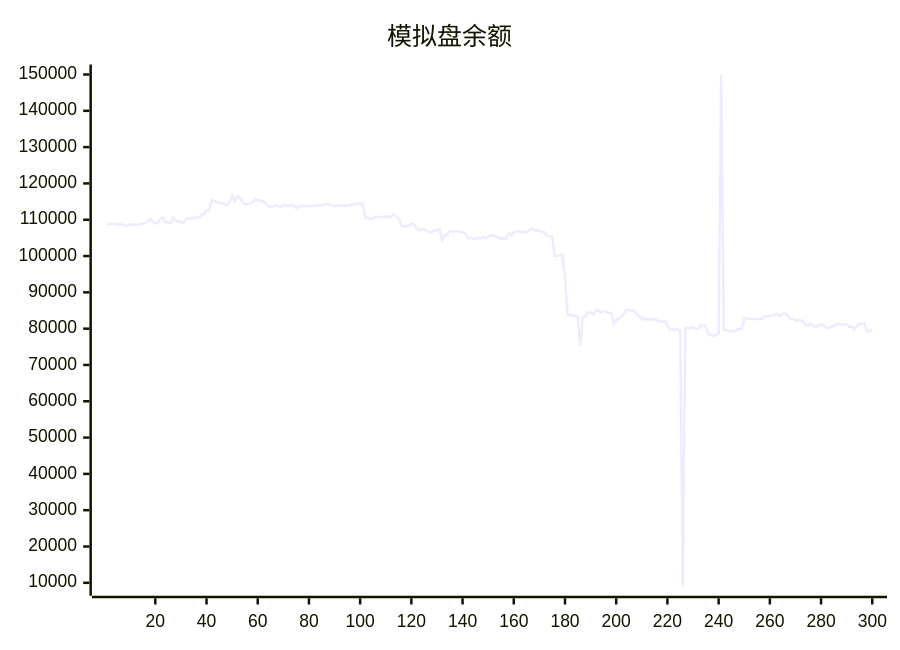
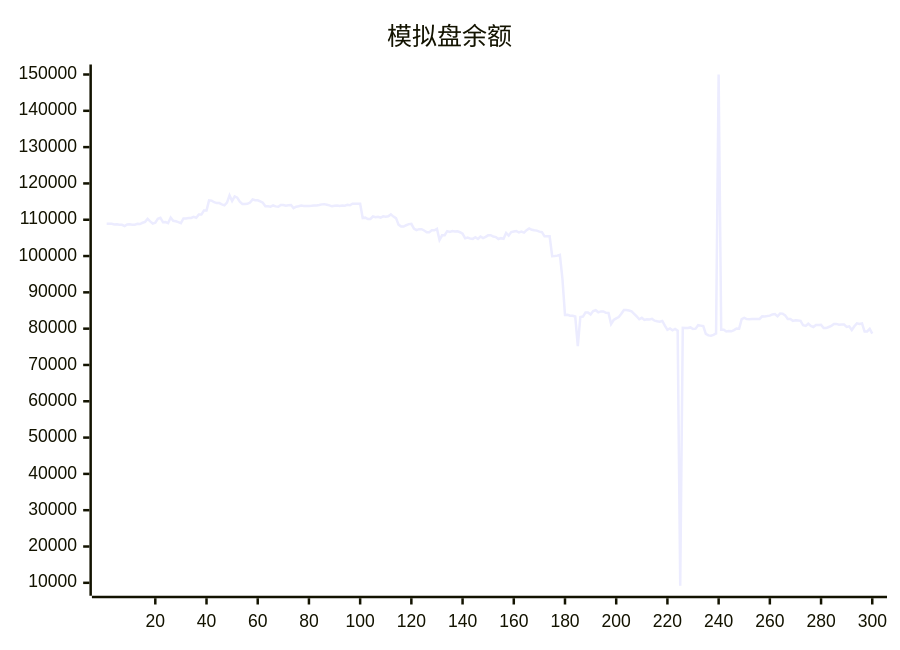
The diagram in README.md (aahl/ai-trading), drawn with Mermaid before and after one commit. The commit also changed other lines of this file and 1 other file, not shown here.

````diff
--- a/README.md
+++ b/README.md
@@ -5,5 +5,5 @@
 ```mermaid
 xychart
     title "模拟盘余额"
-    line [108645,108864,108864,108897,108718,108760,108648,108602,108262,108718,108752,108644,108644,108863,108823,109162,109419,110224,109539,108945,109172,110262,110546,109304,109343,109053,110606,109702,109584,109337,109071,110342,110342,110488,110488,110814,110531,111421,111421,112518,112522,115341,115266,114830,114584,114588,114231,113973,114726,116697,115160,116423,116083,114950,114365,114365,114388,114730,115582,115358,115358,115032,114686,113688,113688,113610,113930,113672,113585,114083,114074,113840,113996,114051,113208,113593,113701,113901,113794,113784,113810,113848,113927,113929,114064,114232,114293,114144,113960,113698,113853,113942,113812,113908,113877,114091,113998,114427,114422,114384,114384,110477,110576,110198,110198,110890,110712,110812,110569,110929,110847,110968,111478,110870,110433,108661,108116,108115,108485,108797,108877,107536,107134,107393,107393,107046,106565,106565,107081,107081,107478,104404,105715,105749,106866,106651,106889,106771,106816,106565,106141,104876,105103,104796,104734,105169,104690,105380,104941,105272,105709,105739,105374,105227,104691,104924,104762,106364,105628,106608,106748,106872,106485,106721,106468,107132,107620,107224,107080,107001,106717,106567,105431,105431,105440,99950,100017,100113,100337,93749,83795,83807,83567,83567,83342,75168,83222,83336,84448,84449,83896,84839,85065,84499,84757,84757,84364,84347,81254,82385,82835,83184,84099,85150,85150,85002,84751,84096,83356,82582,82983,82404,82572,82512,82688,82200,82047,81920,82125,80840,79688,80060,79552,79920,79470,9193,80236,80208,80170,80336,79894,80006,80954,80837,80712,78561,78139,78037,78293,78682,150000,79720,79720,79214,79372,79279,79591,80046,79993,82625,82950,82626,82571,82633,82670,82670,82681,83386,83378,83464,83579,83920,84037,83402,84160,84142,83652,82655,82655,82145,82315,82243,82163,80934,80770,81371,80742,80468,80989,80989,81067,80191,80155,80450,80737,81309,81309,81106,81119,81119,80471,80631,79624,80670,81448,81290,81429,79212,79222,79940]
+    line [108864,108864,108897,108718,108760,108648,108602,108262,108718,108752,108644,108644,108863,108823,109162,109419,110224,109539,108945,109172,110262,110546,109304,109343,109053,110606,109702,109584,109337,109071,110342,110342,110488,110488,110814,110531,111421,111421,112518,112522,115341,115266,114830,114584,114588,114231,113973,114726,116697,115160,116423,116083,114950,114365,114365,114388,114730,115582,115358,115358,115032,114686,113688,113688,113610,113930,113672,113585,114083,114074,113840,113996,114051,113208,113593,113701,113901,113794,113784,113810,113848,113927,113929,114064,114232,114293,114144,113960,113698,113853,113942,113812,113908,113877,114091,113998,114427,114422,114384,114384,110477,110576,110198,110198,110890,110712,110812,110569,110929,110847,110968,111478,110870,110433,108661,108116,108115,108485,108797,108877,107536,107134,107393,107393,107046,106565,106565,107081,107081,107478,104404,105715,105749,106866,106651,106889,106771,106816,106565,106141,104876,105103,104796,104734,105169,104690,105380,104941,105272,105709,105739,105374,105227,104691,104924,104762,106364,105628,106608,106748,106872,106485,106721,106468,107132,107620,107224,107080,107001,106717,106567,105431,105431,105440,99950,100017,100113,100337,93749,83795,83807,83567,83567,83342,75168,83222,83336,84448,84449,83896,84839,85065,84499,84757,84757,84364,84347,81254,82385,82835,83184,84099,85150,85150,85002,84751,84096,83356,82582,82983,82404,82572,82512,82688,82200,82047,81920,82125,80840,79688,80060,79552,79920,79470,9193,80236,80208,80170,80336,79894,80006,80954,80837,80712,78561,78139,78037,78293,78682,150000,79720,79720,79214,79372,79279,79591,80046,79993,82625,82950,82626,82571,82633,82670,82670,82681,83386,83378,83464,83579,83920,84037,83402,84160,84142,83652,82655,82655,82145,82315,82243,82163,80934,80770,81371,80742,80468,80989,80989,81067,80191,80155,80450,80737,81309,81309,81106,81119,81119,80471,80631,79624,80670,81448,81290,81429,79212,79222,79940,78643]
 ```
````
